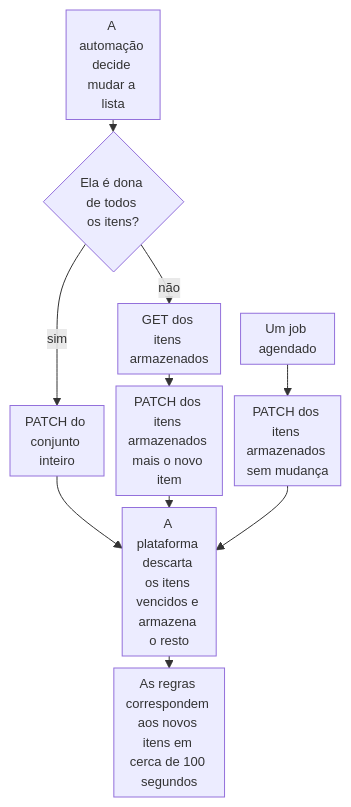
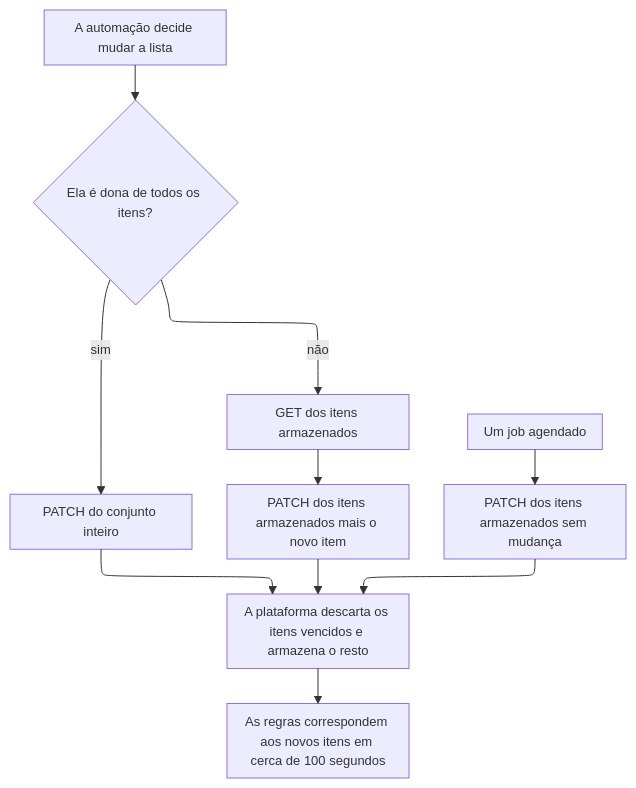
One commit to aziontech/docs changed the diagram in apps/docs/src/content/docs/pt-br/pages/guias/bots-e-rede/atualizar-network-list-a-partir-de-automacao.mdx. Above: the diagram before and after it, drawn with Mermaid. The commit also changed 179 other files, not shown here.

Commit message:
docs(diagrams): redraw every other diagram in the use-case diagram style (#2513)

````diff
--- a/apps/docs/src/content/docs/pt-br/pages/guias/bots-e-rede/atualizar-network-list-a-partir-de-automacao.mdx
+++ b/apps/docs/src/content/docs/pt-br/pages/guias/bots-e-rede/atualizar-network-list-a-partir-de-automacao.mdx
@@ -21,13 +21,13 @@
 ```mermaid
-%%{init: {"layout": "dagre", "themeVariables": {"fontSize": "13px"}, "flowchart": {"nodeSpacing": 12, "rankSpacing": 12, "padding": 6, "wrappingWidth": 70, "minNodeWidth": 40, "useMaxWidth": true}}}%%
+%%{init: {"layout": "elk", "themeVariables": {"fontSize": "13px"}, "flowchart": {"nodeSpacing": 24, "rankSpacing": 36, "padding": 8, "wrappingWidth": 150, "useMaxWidth": true}, "sequence": {"width": 120, "actorMargin": 30, "useMaxWidth": true}}}%%
 flowchart TD
   Event["A automação decide mudar a lista"] --> Own{"Ela é dona de todos os itens?"}
   Own -->|"sim"| Replace["PATCH do conjunto inteiro"]
   Own -->|"não"| Read["GET dos itens armazenados"]
   Read --> Add["PATCH dos itens armazenados mais o novo item"]
   Job["Um job agendado"] --> Again["PATCH dos itens armazenados sem mudança"]
   Replace --> Stored["A plataforma descarta os itens vencidos e armazena o resto"]
   Add --> Stored
   Again --> Stored
   Stored --> Traffic["As regras correspondem aos novos itens em cerca de 100 segundos"]
 ```
````
